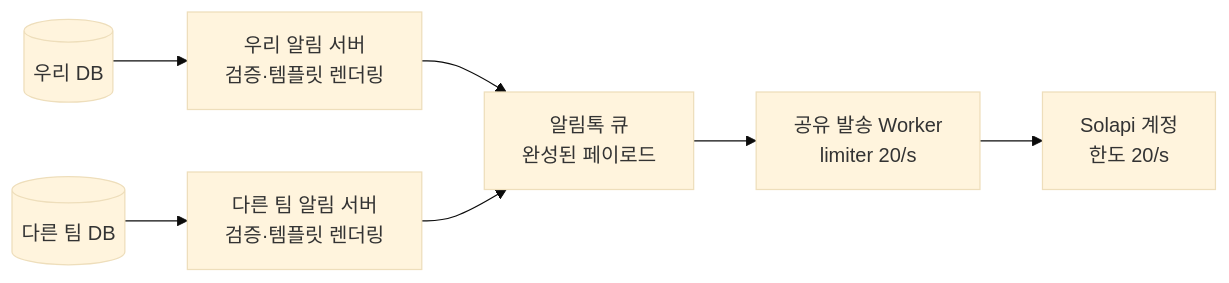
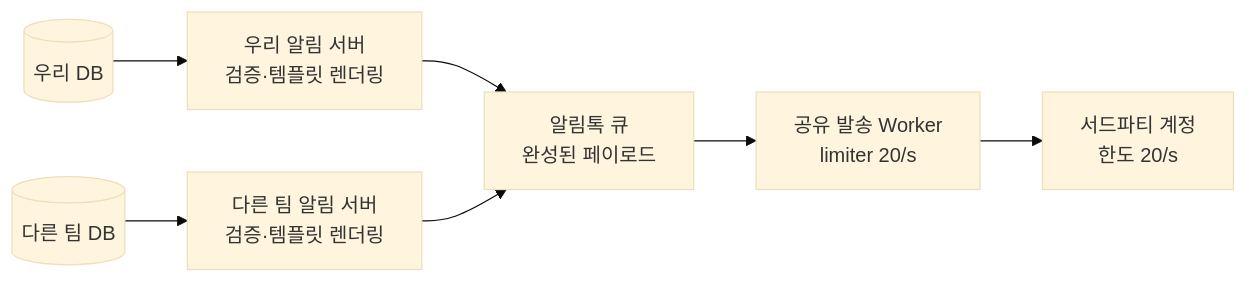
The second of 2 diagrams in src/content/blog/ko/21.md (pythonstrup/myvelop), drawn with Mermaid (base theme) before and after one commit. The commit also changed other lines of this file and 10 other files, not shown here.

```diff
--- a/src/content/blog/ko/21.md
+++ b/src/content/blog/ko/21.md
@@ -131,11 +131,11 @@
 <pre class="mermaid">
 flowchart LR
     accTitle: 팀별 알림 서버와 공유 발송 워커
     accDescr: 팀마다 자기 DB를 보는 알림 서버가 따로 있고, 각 서버가 만든 완성된 페이로드는 같은 알림톡 큐로 모인다. 외부 API 호출은 공유된 단일 발송 워커만 수행한다.
     DB1[("우리 DB")] --> N1["우리 알림 서버<br/>검증·템플릿 렌더링"]
     DB2[("다른 팀 DB")] --> N2["다른 팀 알림 서버<br/>검증·템플릿 렌더링"]
     N1 --> Q["알림톡 큐<br/>완성된 페이로드"]
     N2 --> Q
     Q --> W["공유 발송 Worker<br/>limiter 20/s"]
-    W --> API["Solapi 계정<br/>한도 20/s"]
+    W --> API["서드파티 계정<br/>한도 20/s"]
 </pre>
```
